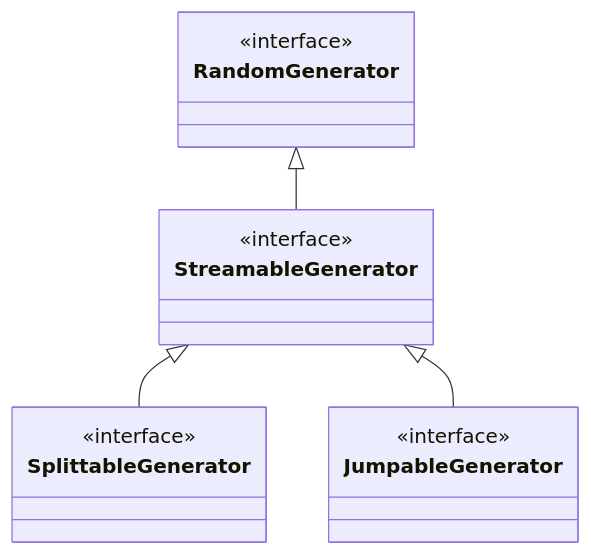
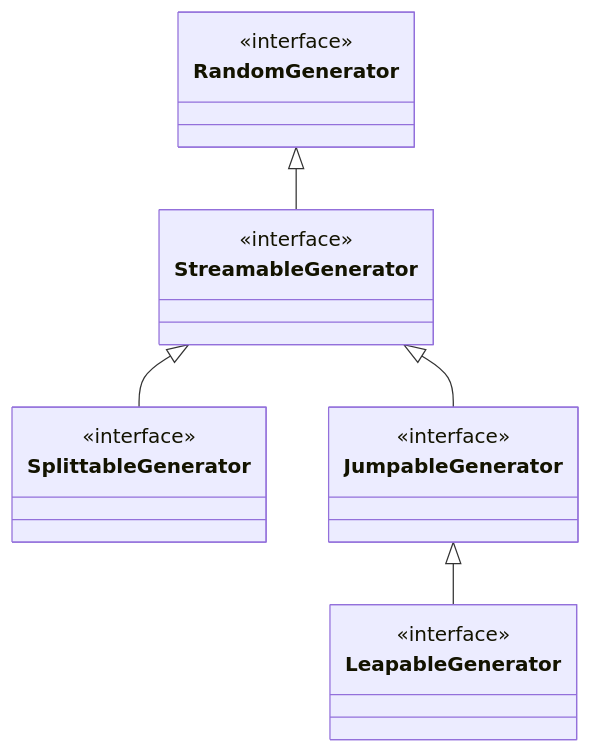
The diagram in README.md (cicirello/rho-mu), drawn with Mermaid before and after one commit.

````diff
--- a/README.md
+++ b/README.md
@@ -42,14 +42,17 @@
 ```mermaid
 classDiagram
   class RandomGenerator
   <<interface>> RandomGenerator
   class StreamableGenerator
   <<interface>> StreamableGenerator
   RandomGenerator <|-- StreamableGenerator
   class SplittableGenerator
   <<interface>> SplittableGenerator
   StreamableGenerator <|-- SplittableGenerator
   class JumpableGenerator
   <<interface>> JumpableGenerator
   StreamableGenerator <|-- JumpableGenerator
+  class LeapableGenerator
+  <<interface>> LeapableGenerator
+  JumpableGenerator <|-- LeapableGenerator
 ```
````
